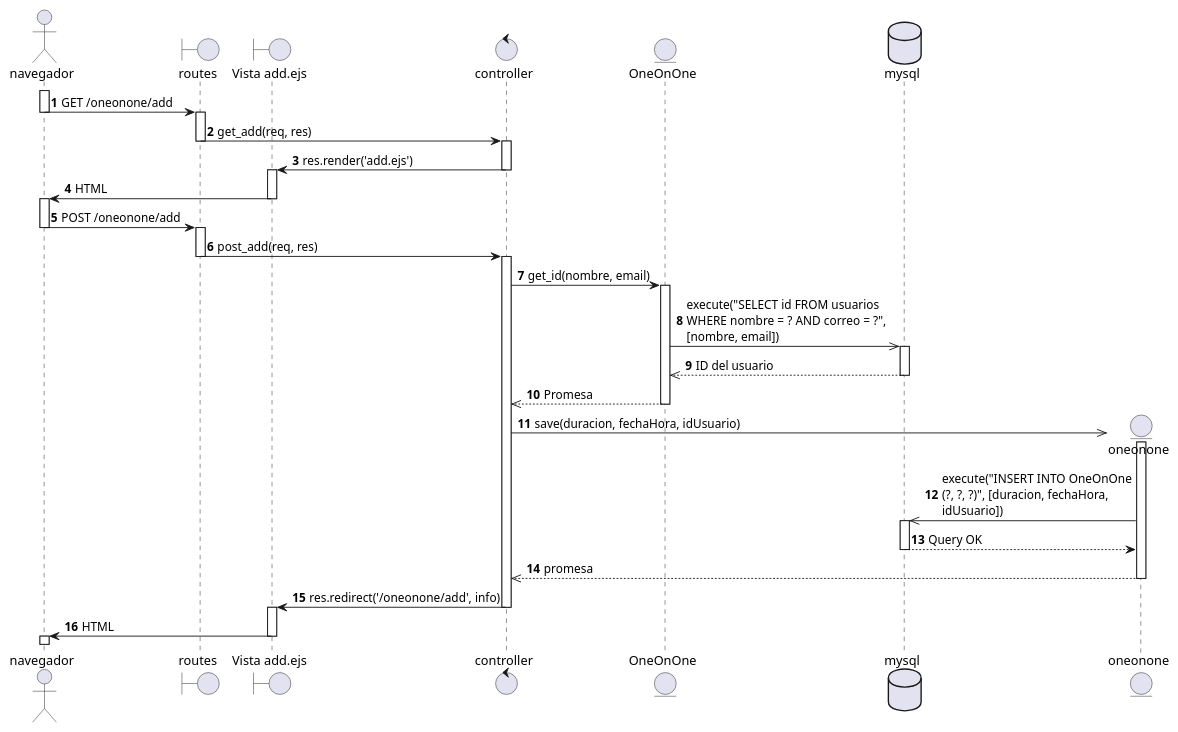
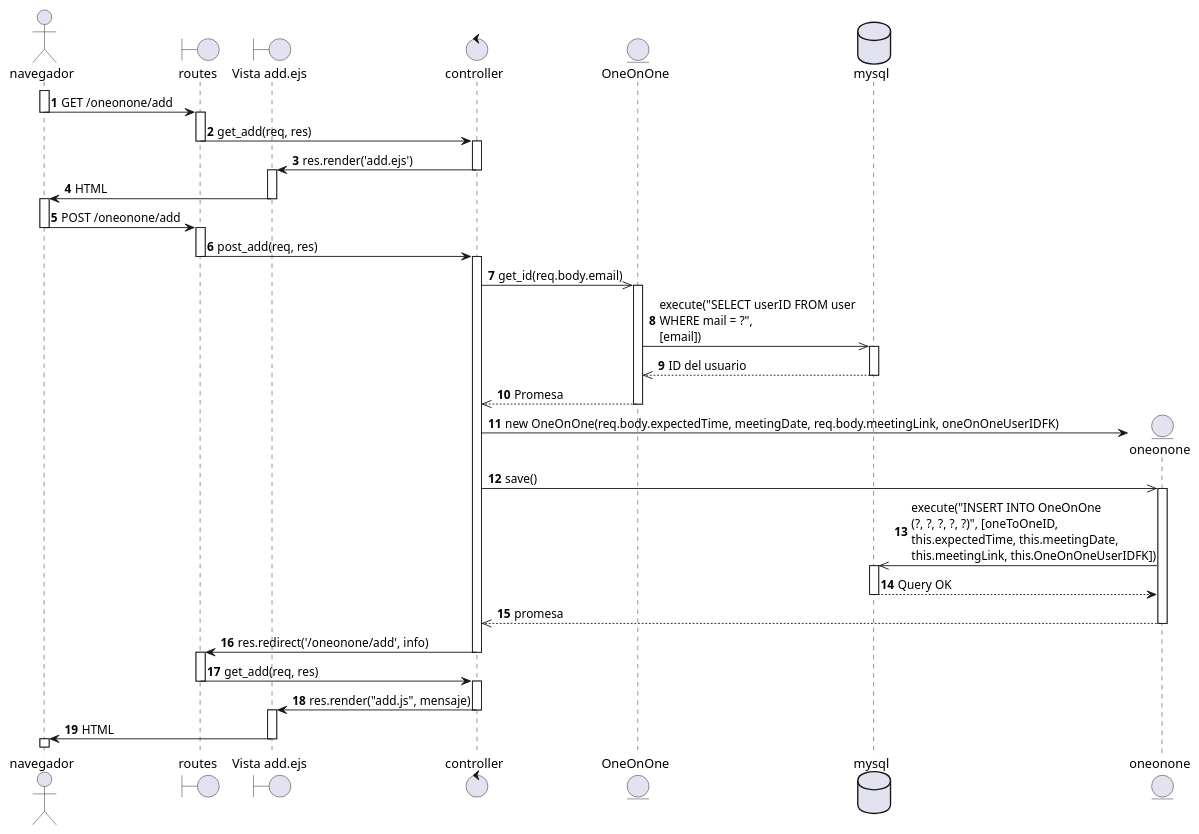
The diagram in diagrams/Casos de Uso/yael req fun/Diagramas de Secuencia/registrarFechaOneOnOne.puml (EdCanCe/WorkCells), drawn with PlantUML before and after one commit. The commit also changed 3 other files, not shown here.

Commit message:
Update: diagramas de secuencia para absences y oneonone

```diff
--- a/diagrams/Casos de Uso/yael req fun/Diagramas de Secuencia/registrarFechaOneOnOne.puml
+++ b/diagrams/Casos de Uso/yael req fun/Diagramas de Secuencia/registrarFechaOneOnOne.puml
@@ -1,61 +1,66 @@
 @startuml
-
 actor navegador
 boundary routes
 boundary "Vista add.ejs" as add
 control controller
 
 autonumber
 activate navegador
 navegador -> routes: GET /oneonone/add
 deactivate navegador
 activate routes
 routes -> controller: get_add(req, res)
 deactivate routes
 activate controller
 controller -> add: res.render('add.ejs')
 deactivate controller
 activate add
 add -> navegador: HTML
 deactivate add
 
 activate navegador
 navegador -> routes: POST /oneonone/add
 deactivate navegador
 activate routes
 routes -> controller: post_add(req, res)
 deactivate routes
 
 
 entity OneOnOne
 database mysql
 
 activate controller
-controller -> OneOnOne: get_id(nombre, email)
+controller ->> OneOnOne: get_id(req.body.email)
 activate OneOnOne
-OneOnOne ->> mysql: execute("SELECT id FROM usuarios \nWHERE nombre = ? AND correo = ?", \n[nombre, email])
+OneOnOne ->> mysql: execute("SELECT userID FROM user \nWHERE mail = ?", \n[email])
 activate mysql
 mysql -->> OneOnOne: ID del usuario
 deactivate mysql
 OneOnOne -->> controller: Promesa
 deactivate OneOnOne
 
 create entity oneonone
-
-controller ->> oneonone: save(duracion, fechaHora, idUsuario)
+controller -> oneonone : new OneOnOne(req.body.expectedTime, meetingDate, req.body.meetingLink, oneOnOneUserIDFK)
+controller ->> oneonone: save()
 activate oneonone
-oneonone ->> mysql: execute("INSERT INTO OneOnOne \n(?, ?, ?)", [duracion, fechaHora, \nidUsuario])
+oneonone ->> mysql: execute("INSERT INTO OneOnOne \n(?, ?, ?, ?, ?)", [oneToOneID, \nthis.expectedTime, this.meetingDate, \nthis.meetingLink, this.OneOnOneUserIDFK])
 activate mysql
 mysql --> oneonone: Query OK
 deactivate mysql
 oneonone -->> controller: promesa
 deactivate oneonone
 
-controller -> add: res.redirect('/oneonone/add', info)
+controller -> routes: res.redirect('/oneonone/add', info)
+deactivate controller
+activate routes
+routes -> controller: get_add(req, res)
+deactivate routes
+activate controller
+controller -> add: res.render("add.js", mensaje)
 deactivate controller
 activate add
 add -> navegador: HTML
-deactivate add
+deactivate add 
 activate navegador
 
 @enduml
```
